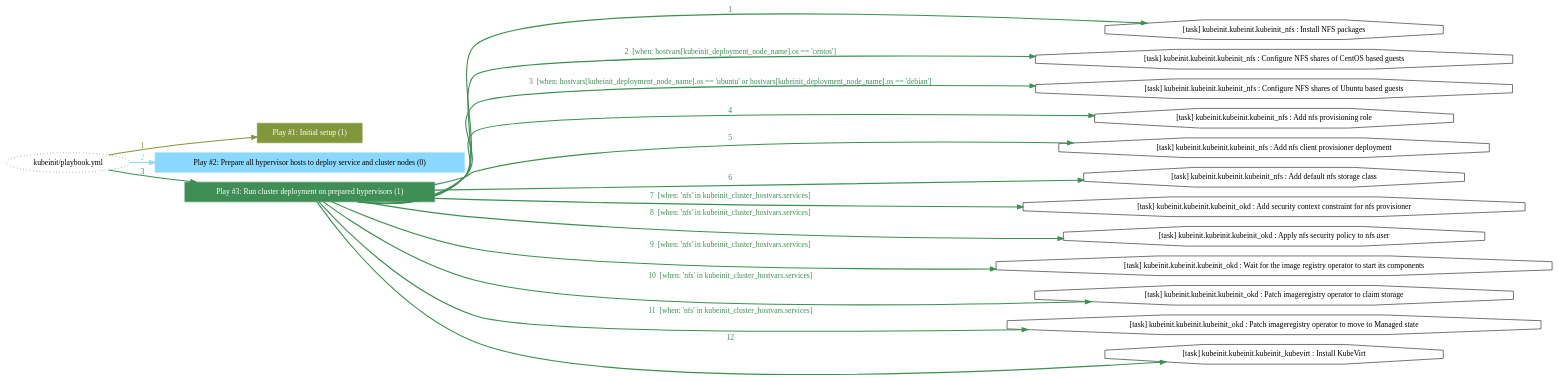
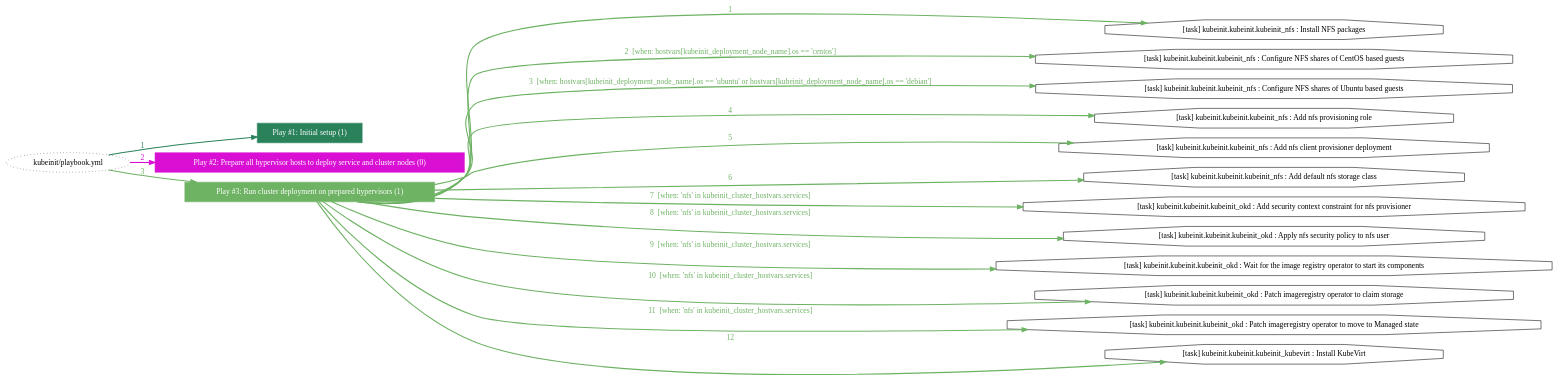
Before and after one commit to Kubeinit/kubeinit: the diagram in _static/playbook_task_post_deployment.dot, drawn with Graphviz. The commit also changed 64 other files, not shown here.

```diff
--- a/_static/playbook_task_post_deployment.dot
+++ b/_static/playbook_task_post_deployment.dot
@@ -3,39 +3,39 @@
 	edge [esep=5 sep=10]
 	"kubeinit/playbook.yml" [id=root_node style=dotted]
 	subgraph "Play #1: Initial setup (1) "{
-		"Play #1: Initial setup (1)" [color="#82973b" fontcolor="#ffffff" id="play_600f02eb-539b-473d-869f-aa99ca6672e3" shape=box style=filled tooltip=localhost]
-		"kubeinit/playbook.yml" -> "Play #1: Initial setup (1)" [label=1 color="#82973b" fontcolor="#82973b" id="edge_e4f37a8e-6fe6-482c-b438-a034b92235e2" style=bold]
+		"Play #1: Initial setup (1)" [color="#2a825b" fontcolor="#ffffff" id="play_069b882d-4043-4833-8087-31251108a9db" shape=box style=filled tooltip=localhost]
+		"kubeinit/playbook.yml" -> "Play #1: Initial setup (1)" [label=1 color="#2a825b" fontcolor="#2a825b" id="edge_216a49a9-dd9e-4a9b-95fa-959576bdabb2" style=bold]
 	}
 	subgraph "Play #2: Prepare all hypervisor hosts to deploy service and cluster nodes (0) "{
-		"Play #2: Prepare all hypervisor hosts to deploy service and cluster nodes (0)" [color="#8bd8fe" fontcolor="#000000" id="play_36ca59ec-8919-422a-94c4-545d1c69138a" shape=box style=filled tooltip=""]
-		"kubeinit/playbook.yml" -> "Play #2: Prepare all hypervisor hosts to deploy service and cluster nodes (0)" [label=2 color="#8bd8fe" fontcolor="#8bd8fe" id="edge_2c2095ca-0dc3-4899-a889-79d573b03c76" style=bold]
+		"Play #2: Prepare all hypervisor hosts to deploy service and cluster nodes (0)" [color="#d910d4" fontcolor="#ffffff" id="play_7c1a346c-eaf2-493a-acca-48e9ba8806bc" shape=box style=filled tooltip=""]
+		"kubeinit/playbook.yml" -> "Play #2: Prepare all hypervisor hosts to deploy service and cluster nodes (0)" [label=2 color="#d910d4" fontcolor="#d910d4" id="edge_0eec6445-999a-4976-8701-178a5ed6b174" style=bold]
 	}
 	subgraph "Play #3: Run cluster deployment on prepared hypervisors (1) "{
-		"Play #3: Run cluster deployment on prepared hypervisors (1)" [color="#3e8e55" fontcolor="#ffffff" id="play_6c85bb4b-375c-4a16-bca3-eae4d0a6803e" shape=box style=filled tooltip=localhost]
-		"kubeinit/playbook.yml" -> "Play #3: Run cluster deployment on prepared hypervisors (1)" [label=3 color="#3e8e55" fontcolor="#3e8e55" id="edge_baa9c703-bef9-4ded-b96a-7e32ea84a81b" style=bold]
-		"task_fd1a690d-ce4a-4097-8396-b235bc1ffd59" [label="[task] kubeinit.kubeinit.kubeinit_nfs : Install NFS packages" id="task_fd1a690d-ce4a-4097-8396-b235bc1ffd59" shape=octagon tooltip="[task] kubeinit.kubeinit.kubeinit_nfs : Install NFS packages"]
-		"Play #3: Run cluster deployment on prepared hypervisors (1)" -> "task_fd1a690d-ce4a-4097-8396-b235bc1ffd59" [label=1 color="#3e8e55" fontcolor="#3e8e55" id="edge_28640672-bb30-4879-a907-7d7281902ddf" style=bold]
-		"task_3aa6c8c9-0ff6-4009-bcec-45652fa729ab" [label="[task] kubeinit.kubeinit.kubeinit_nfs : Configure NFS shares of CentOS based guests" id="task_3aa6c8c9-0ff6-4009-bcec-45652fa729ab" shape=octagon tooltip="[task] kubeinit.kubeinit.kubeinit_nfs : Configure NFS shares of CentOS based guests"]
-		"Play #3: Run cluster deployment on prepared hypervisors (1)" -> "task_3aa6c8c9-0ff6-4009-bcec-45652fa729ab" [label="2  [when: hostvars[kubeinit_deployment_node_name].os == 'centos']" color="#3e8e55" fontcolor="#3e8e55" id="edge_02b289a7-5d0f-4b3d-aea1-eb2da6c4a61f" style=bold]
-		"task_846cb362-752d-43b0-82cf-3cf4a6a09f23" [label="[task] kubeinit.kubeinit.kubeinit_nfs : Configure NFS shares of Ubuntu based guests" id="task_846cb362-752d-43b0-82cf-3cf4a6a09f23" shape=octagon tooltip="[task] kubeinit.kubeinit.kubeinit_nfs : Configure NFS shares of Ubuntu based guests"]
-		"Play #3: Run cluster deployment on prepared hypervisors (1)" -> "task_846cb362-752d-43b0-82cf-3cf4a6a09f23" [label="3  [when: hostvars[kubeinit_deployment_node_name].os == 'ubuntu' or hostvars[kubeinit_deployment_node_name].os == 'debian']" color="#3e8e55" fontcolor="#3e8e55" id="edge_e349f221-faed-4427-8b8a-b849fa1b7596" style=bold]
-		"task_06e0d2c1-3780-4577-baed-482c85dd8930" [label="[task] kubeinit.kubeinit.kubeinit_nfs : Add nfs provisioning role" id="task_06e0d2c1-3780-4577-baed-482c85dd8930" shape=octagon tooltip="[task] kubeinit.kubeinit.kubeinit_nfs : Add nfs provisioning role"]
-		"Play #3: Run cluster deployment on prepared hypervisors (1)" -> "task_06e0d2c1-3780-4577-baed-482c85dd8930" [label=4 color="#3e8e55" fontcolor="#3e8e55" id="edge_fcd7194c-5608-4cad-9c4c-0c943ec5f17d" style=bold]
-		"task_341032e1-89d4-4ffc-9da2-feac7408be16" [label="[task] kubeinit.kubeinit.kubeinit_nfs : Add nfs client provisioner deployment" id="task_341032e1-89d4-4ffc-9da2-feac7408be16" shape=octagon tooltip="[task] kubeinit.kubeinit.kubeinit_nfs : Add nfs client provisioner deployment"]
-		"Play #3: Run cluster deployment on prepared hypervisors (1)" -> "task_341032e1-89d4-4ffc-9da2-feac7408be16" [label=5 color="#3e8e55" fontcolor="#3e8e55" id="edge_20321054-8ba8-45a4-8d3a-0d3288e0f12f" style=bold]
-		"task_9b55a199-f13d-4964-9a91-209e761ece12" [label="[task] kubeinit.kubeinit.kubeinit_nfs : Add default nfs storage class" id="task_9b55a199-f13d-4964-9a91-209e761ece12" shape=octagon tooltip="[task] kubeinit.kubeinit.kubeinit_nfs : Add default nfs storage class"]
-		"Play #3: Run cluster deployment on prepared hypervisors (1)" -> "task_9b55a199-f13d-4964-9a91-209e761ece12" [label=6 color="#3e8e55" fontcolor="#3e8e55" id="edge_2cc0b369-511f-4e35-9350-ab2f9ac87067" style=bold]
-		"task_12cb7690-c425-4e33-928f-11bc48586b18" [label="[task] kubeinit.kubeinit.kubeinit_okd : Add security context constraint for nfs provisioner" id="task_12cb7690-c425-4e33-928f-11bc48586b18" shape=octagon tooltip="[task] kubeinit.kubeinit.kubeinit_okd : Add security context constraint for nfs provisioner"]
-		"Play #3: Run cluster deployment on prepared hypervisors (1)" -> "task_12cb7690-c425-4e33-928f-11bc48586b18" [label="7  [when: 'nfs' in kubeinit_cluster_hostvars.services]" color="#3e8e55" fontcolor="#3e8e55" id="edge_d152c61b-3b33-459f-9299-180a2bffde29" style=bold]
-		"task_c60ca1fa-db07-4e51-ba79-1bf927b97b91" [label="[task] kubeinit.kubeinit.kubeinit_okd : Apply nfs security policy to nfs user" id="task_c60ca1fa-db07-4e51-ba79-1bf927b97b91" shape=octagon tooltip="[task] kubeinit.kubeinit.kubeinit_okd : Apply nfs security policy to nfs user"]
-		"Play #3: Run cluster deployment on prepared hypervisors (1)" -> "task_c60ca1fa-db07-4e51-ba79-1bf927b97b91" [label="8  [when: 'nfs' in kubeinit_cluster_hostvars.services]" color="#3e8e55" fontcolor="#3e8e55" id="edge_f9716a20-04f0-49ef-85e4-8e5f934964fb" style=bold]
-		"task_641cbd2c-0187-4c8a-a7d8-04ce5310e21d" [label="[task] kubeinit.kubeinit.kubeinit_okd : Wait for the image registry operator to start its components" id="task_641cbd2c-0187-4c8a-a7d8-04ce5310e21d" shape=octagon tooltip="[task] kubeinit.kubeinit.kubeinit_okd : Wait for the image registry operator to start its components"]
-		"Play #3: Run cluster deployment on prepared hypervisors (1)" -> "task_641cbd2c-0187-4c8a-a7d8-04ce5310e21d" [label="9  [when: 'nfs' in kubeinit_cluster_hostvars.services]" color="#3e8e55" fontcolor="#3e8e55" id="edge_19541bf9-162a-4eaf-9c93-774d3b22a40f" style=bold]
-		"task_1c4f263d-978c-4674-949d-13039b56558c" [label="[task] kubeinit.kubeinit.kubeinit_okd : Patch imageregistry operator to claim storage" id="task_1c4f263d-978c-4674-949d-13039b56558c" shape=octagon tooltip="[task] kubeinit.kubeinit.kubeinit_okd : Patch imageregistry operator to claim storage"]
-		"Play #3: Run cluster deployment on prepared hypervisors (1)" -> "task_1c4f263d-978c-4674-949d-13039b56558c" [label="10  [when: 'nfs' in kubeinit_cluster_hostvars.services]" color="#3e8e55" fontcolor="#3e8e55" id="edge_369eb526-62c5-481e-9c07-a17654f94644" style=bold]
-		"task_f3d0ea70-66cd-419a-acec-0e4fff960b9f" [label="[task] kubeinit.kubeinit.kubeinit_okd : Patch imageregistry operator to move to Managed state" id="task_f3d0ea70-66cd-419a-acec-0e4fff960b9f" shape=octagon tooltip="[task] kubeinit.kubeinit.kubeinit_okd : Patch imageregistry operator to move to Managed state"]
-		"Play #3: Run cluster deployment on prepared hypervisors (1)" -> "task_f3d0ea70-66cd-419a-acec-0e4fff960b9f" [label="11  [when: 'nfs' in kubeinit_cluster_hostvars.services]" color="#3e8e55" fontcolor="#3e8e55" id="edge_e2129179-441b-4643-8c51-4f228d18f3b3" style=bold]
-		"task_5993e4e5-9caf-4bc7-9176-a9ff151c09fd" [label="[task] kubeinit.kubeinit.kubeinit_kubevirt : Install KubeVirt" id="task_5993e4e5-9caf-4bc7-9176-a9ff151c09fd" shape=octagon tooltip="[task] kubeinit.kubeinit.kubeinit_kubevirt : Install KubeVirt"]
-		"Play #3: Run cluster deployment on prepared hypervisors (1)" -> "task_5993e4e5-9caf-4bc7-9176-a9ff151c09fd" [label=12 color="#3e8e55" fontcolor="#3e8e55" id="edge_3b7f0ee4-bd89-44fe-83ca-37f75dbee56d" style=bold]
+		"Play #3: Run cluster deployment on prepared hypervisors (1)" [color="#6eb264" fontcolor="#ffffff" id="play_cc330337-fd79-4ec6-9d08-773892b752a0" shape=box style=filled tooltip=localhost]
+		"kubeinit/playbook.yml" -> "Play #3: Run cluster deployment on prepared hypervisors (1)" [label=3 color="#6eb264" fontcolor="#6eb264" id="edge_72616637-efdd-42c2-aea8-fe9518a37fd8" style=bold]
+		"task_701e9918-49cf-452f-b6b9-d8eae2689275" [label="[task] kubeinit.kubeinit.kubeinit_nfs : Install NFS packages" id="task_701e9918-49cf-452f-b6b9-d8eae2689275" shape=octagon tooltip="[task] kubeinit.kubeinit.kubeinit_nfs : Install NFS packages"]
+		"Play #3: Run cluster deployment on prepared hypervisors (1)" -> "task_701e9918-49cf-452f-b6b9-d8eae2689275" [label=1 color="#6eb264" fontcolor="#6eb264" id="edge_7c83398b-4810-4e34-b19f-28fb3506b895" style=bold]
+		"task_0d4b02d0-63f9-4e99-96ad-82098fc62960" [label="[task] kubeinit.kubeinit.kubeinit_nfs : Configure NFS shares of CentOS based guests" id="task_0d4b02d0-63f9-4e99-96ad-82098fc62960" shape=octagon tooltip="[task] kubeinit.kubeinit.kubeinit_nfs : Configure NFS shares of CentOS based guests"]
+		"Play #3: Run cluster deployment on prepared hypervisors (1)" -> "task_0d4b02d0-63f9-4e99-96ad-82098fc62960" [label="2  [when: hostvars[kubeinit_deployment_node_name].os == 'centos']" color="#6eb264" fontcolor="#6eb264" id="edge_74c63048-d6b7-43be-ab1e-14ef8af5b38f" style=bold]
+		"task_24239f5c-1533-42fc-8f03-3740efcc1d23" [label="[task] kubeinit.kubeinit.kubeinit_nfs : Configure NFS shares of Ubuntu based guests" id="task_24239f5c-1533-42fc-8f03-3740efcc1d23" shape=octagon tooltip="[task] kubeinit.kubeinit.kubeinit_nfs : Configure NFS shares of Ubuntu based guests"]
+		"Play #3: Run cluster deployment on prepared hypervisors (1)" -> "task_24239f5c-1533-42fc-8f03-3740efcc1d23" [label="3  [when: hostvars[kubeinit_deployment_node_name].os == 'ubuntu' or hostvars[kubeinit_deployment_node_name].os == 'debian']" color="#6eb264" fontcolor="#6eb264" id="edge_f18dc240-6f39-4c40-a7d6-0b6b7c5af89a" style=bold]
+		"task_06573b5a-3827-4fbd-af13-f0722fae9f7b" [label="[task] kubeinit.kubeinit.kubeinit_nfs : Add nfs provisioning role" id="task_06573b5a-3827-4fbd-af13-f0722fae9f7b" shape=octagon tooltip="[task] kubeinit.kubeinit.kubeinit_nfs : Add nfs provisioning role"]
+		"Play #3: Run cluster deployment on prepared hypervisors (1)" -> "task_06573b5a-3827-4fbd-af13-f0722fae9f7b" [label=4 color="#6eb264" fontcolor="#6eb264" id="edge_fbb38733-c844-4582-b179-82e30b93d081" style=bold]
+		"task_8534d3c3-689f-457b-9a08-e4fed194d19f" [label="[task] kubeinit.kubeinit.kubeinit_nfs : Add nfs client provisioner deployment" id="task_8534d3c3-689f-457b-9a08-e4fed194d19f" shape=octagon tooltip="[task] kubeinit.kubeinit.kubeinit_nfs : Add nfs client provisioner deployment"]
+		"Play #3: Run cluster deployment on prepared hypervisors (1)" -> "task_8534d3c3-689f-457b-9a08-e4fed194d19f" [label=5 color="#6eb264" fontcolor="#6eb264" id="edge_bfed4833-fbde-47b3-b008-e63ca21fad8f" style=bold]
+		"task_334d1bb7-328b-4828-a167-34c2d6bef4c0" [label="[task] kubeinit.kubeinit.kubeinit_nfs : Add default nfs storage class" id="task_334d1bb7-328b-4828-a167-34c2d6bef4c0" shape=octagon tooltip="[task] kubeinit.kubeinit.kubeinit_nfs : Add default nfs storage class"]
+		"Play #3: Run cluster deployment on prepared hypervisors (1)" -> "task_334d1bb7-328b-4828-a167-34c2d6bef4c0" [label=6 color="#6eb264" fontcolor="#6eb264" id="edge_bf0c575e-4b57-4303-9992-36c08ad9ac5a" style=bold]
+		"task_a4032e54-a515-4ccc-a33e-47a8a3c3c876" [label="[task] kubeinit.kubeinit.kubeinit_okd : Add security context constraint for nfs provisioner" id="task_a4032e54-a515-4ccc-a33e-47a8a3c3c876" shape=octagon tooltip="[task] kubeinit.kubeinit.kubeinit_okd : Add security context constraint for nfs provisioner"]
+		"Play #3: Run cluster deployment on prepared hypervisors (1)" -> "task_a4032e54-a515-4ccc-a33e-47a8a3c3c876" [label="7  [when: 'nfs' in kubeinit_cluster_hostvars.services]" color="#6eb264" fontcolor="#6eb264" id="edge_1224bb9a-1983-4f9d-88c3-fc2231ea92ed" style=bold]
+		"task_5a1a2d9f-af08-4732-8d28-10f6d47efdc7" [label="[task] kubeinit.kubeinit.kubeinit_okd : Apply nfs security policy to nfs user" id="task_5a1a2d9f-af08-4732-8d28-10f6d47efdc7" shape=octagon tooltip="[task] kubeinit.kubeinit.kubeinit_okd : Apply nfs security policy to nfs user"]
+		"Play #3: Run cluster deployment on prepared hypervisors (1)" -> "task_5a1a2d9f-af08-4732-8d28-10f6d47efdc7" [label="8  [when: 'nfs' in kubeinit_cluster_hostvars.services]" color="#6eb264" fontcolor="#6eb264" id="edge_5a594170-c28c-4869-9391-ac30d433ac17" style=bold]
+		"task_5e3f1be2-bf17-4ee0-bbdf-0b51800de6ec" [label="[task] kubeinit.kubeinit.kubeinit_okd : Wait for the image registry operator to start its components" id="task_5e3f1be2-bf17-4ee0-bbdf-0b51800de6ec" shape=octagon tooltip="[task] kubeinit.kubeinit.kubeinit_okd : Wait for the image registry operator to start its components"]
+		"Play #3: Run cluster deployment on prepared hypervisors (1)" -> "task_5e3f1be2-bf17-4ee0-bbdf-0b51800de6ec" [label="9  [when: 'nfs' in kubeinit_cluster_hostvars.services]" color="#6eb264" fontcolor="#6eb264" id="edge_9b641f2c-d003-4fd9-bd86-ec619c7abfc3" style=bold]
+		"task_79cf0ccb-9175-4f25-af9a-d2656132eda2" [label="[task] kubeinit.kubeinit.kubeinit_okd : Patch imageregistry operator to claim storage" id="task_79cf0ccb-9175-4f25-af9a-d2656132eda2" shape=octagon tooltip="[task] kubeinit.kubeinit.kubeinit_okd : Patch imageregistry operator to claim storage"]
+		"Play #3: Run cluster deployment on prepared hypervisors (1)" -> "task_79cf0ccb-9175-4f25-af9a-d2656132eda2" [label="10  [when: 'nfs' in kubeinit_cluster_hostvars.services]" color="#6eb264" fontcolor="#6eb264" id="edge_a10f17fa-b639-4f1b-acc3-7fb31c19d66a" style=bold]
+		"task_1e7e9b13-ed4b-4e5b-a0a6-b5301a0abc7f" [label="[task] kubeinit.kubeinit.kubeinit_okd : Patch imageregistry operator to move to Managed state" id="task_1e7e9b13-ed4b-4e5b-a0a6-b5301a0abc7f" shape=octagon tooltip="[task] kubeinit.kubeinit.kubeinit_okd : Patch imageregistry operator to move to Managed state"]
+		"Play #3: Run cluster deployment on prepared hypervisors (1)" -> "task_1e7e9b13-ed4b-4e5b-a0a6-b5301a0abc7f" [label="11  [when: 'nfs' in kubeinit_cluster_hostvars.services]" color="#6eb264" fontcolor="#6eb264" id="edge_6472ad6c-5507-4afc-8c82-2dc2840c1888" style=bold]
+		"task_d36cba8e-22a7-4832-85a0-4aa996c6de51" [label="[task] kubeinit.kubeinit.kubeinit_kubevirt : Install KubeVirt" id="task_d36cba8e-22a7-4832-85a0-4aa996c6de51" shape=octagon tooltip="[task] kubeinit.kubeinit.kubeinit_kubevirt : Install KubeVirt"]
+		"Play #3: Run cluster deployment on prepared hypervisors (1)" -> "task_d36cba8e-22a7-4832-85a0-4aa996c6de51" [label=12 color="#6eb264" fontcolor="#6eb264" id="edge_07517edf-3b05-429a-aa03-07f5fae7d73a" style=bold]
 	}
 }
```
